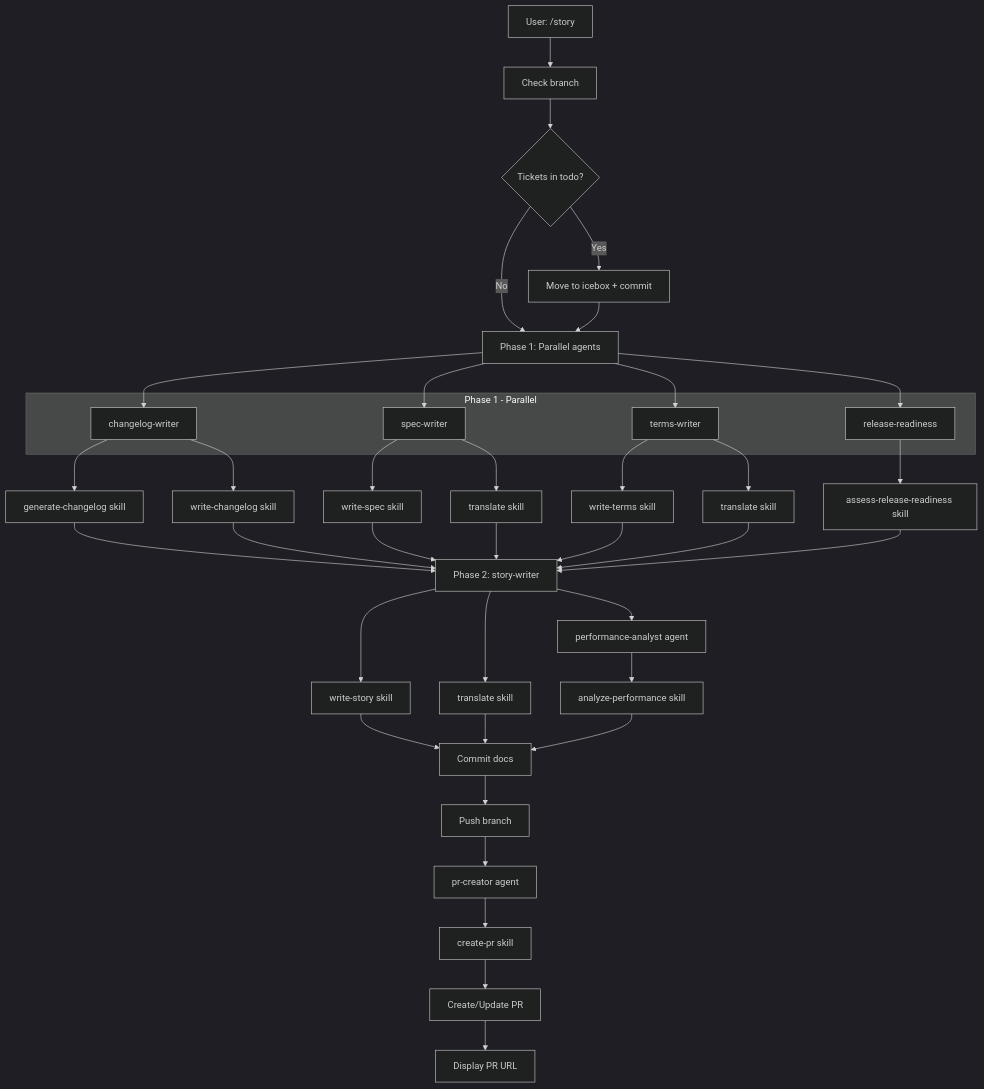
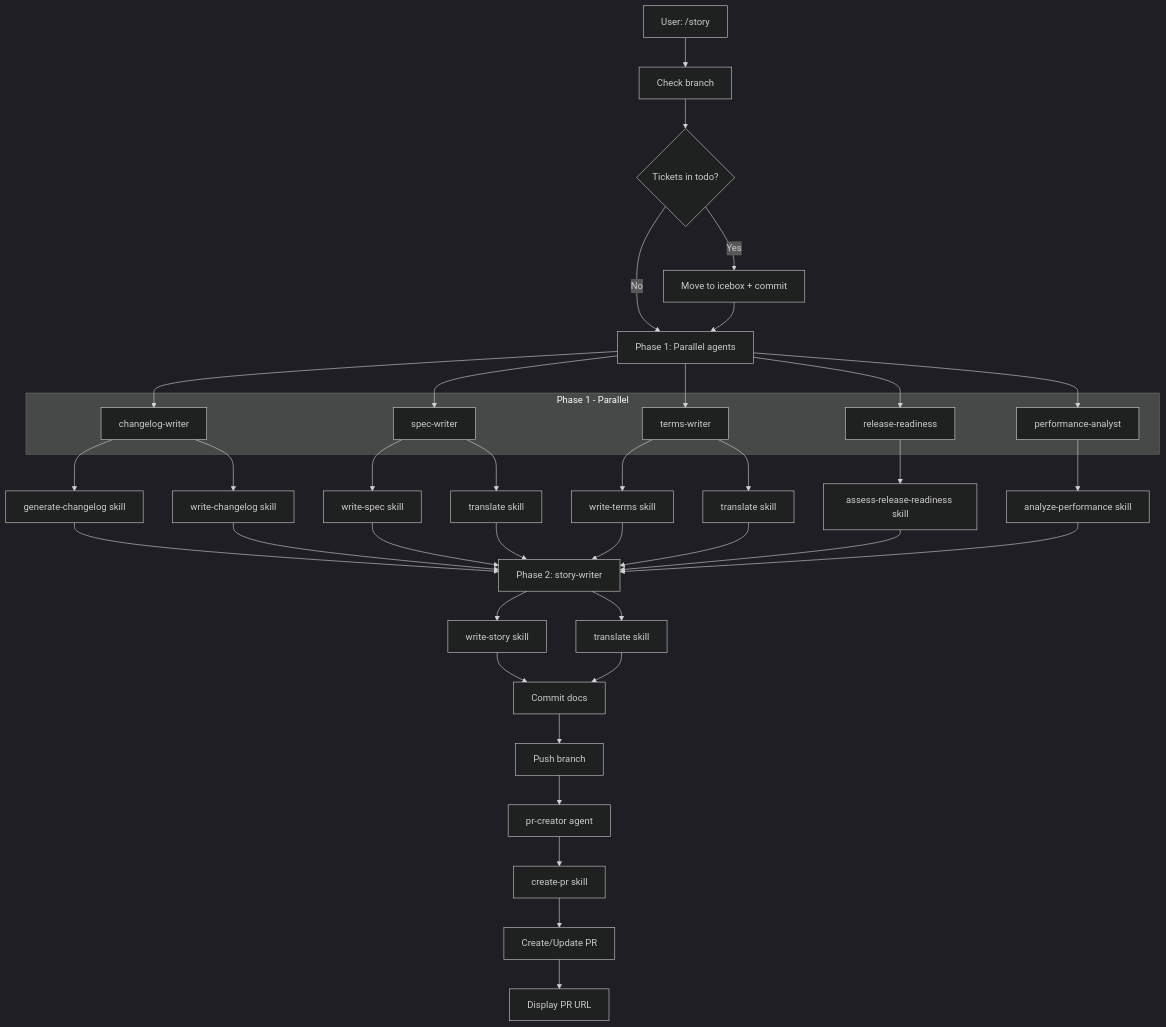
Before and after one commit to qmu/workaholic: the third of 3 diagrams in .workaholic/specs/command-flows.md, drawn with Mermaid (dark theme). The commit also changed other lines of this file and 6 other files, not shown here.

First line of the commit message:
Move performance-analyst to Phase 1 parallel execution

````diff
--- a/.workaholic/specs/command-flows.md
+++ b/.workaholic/specs/command-flows.md
@@ -115,39 +115,39 @@
 ```mermaid
 flowchart TD
     A[User: /story] --> B[Check branch]
     B --> C{Tickets in todo?}
     C -->|Yes| D[Move to icebox + commit]
     C -->|No| E[Phase 1: Parallel agents]
     D --> E
 
     subgraph Phase1[Phase 1 - Parallel]
         F[changelog-writer]
         G[spec-writer]
         H[terms-writer]
         I[release-readiness]
+        PA[performance-analyst]
     end
 
-    E --> F & G & H & I
+    E --> F & G & H & I & PA
 
     F --> F1[generate-changelog skill]
     F --> F2[write-changelog skill]
     G --> G1[write-spec skill]
     G --> G2[translate skill]
     H --> H1[write-terms skill]
     H --> H2[translate skill]
     I --> I1[assess-release-readiness skill]
+    PA --> PA1[analyze-performance skill]
 
-    F1 & F2 & G1 & G2 & H1 & H2 & I1 --> J[Phase 2: story-writer]
+    F1 & F2 & G1 & G2 & H1 & H2 & I1 & PA1 --> J[Phase 2: story-writer]
 
     J --> J1[write-story skill]
     J --> J2[translate skill]
-    J --> J3[performance-analyst agent]
-    J3 --> J4[analyze-performance skill]
 
-    J1 & J2 & J4 --> K[Commit docs]
+    J1 & J2 --> K[Commit docs]
     K --> L[Push branch]
     L --> M[pr-creator agent]
     M --> M1[create-pr skill]
     M1 --> N[Create/Update PR]
     N --> O[Display PR URL]
 ```
````
